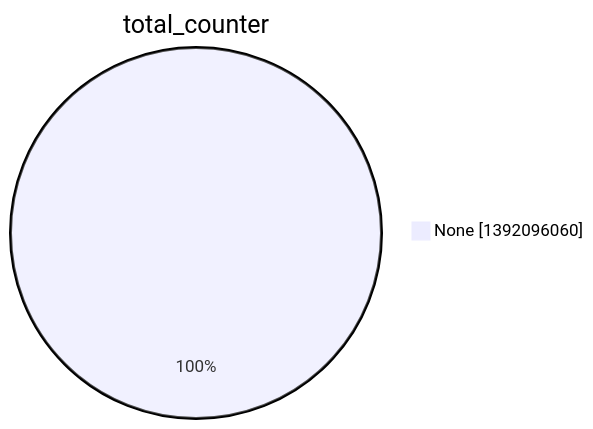
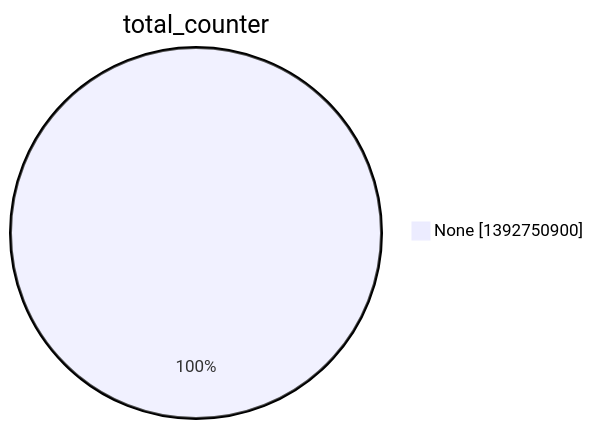
Before and after one commit to christiankrug/ctmonitor_visualization: the second of 15 diagrams in argon2022/README.md, drawn with Mermaid. The commit also changed other lines of this file, not shown here.

````diff
--- a/argon2022/README.md
+++ b/argon2022/README.md
@@ -9,5 +9,5 @@
 ```mermaid
 pie showData
 title total_counter
-"None" :1392096060
+"None" :1392750900
 ```
````
